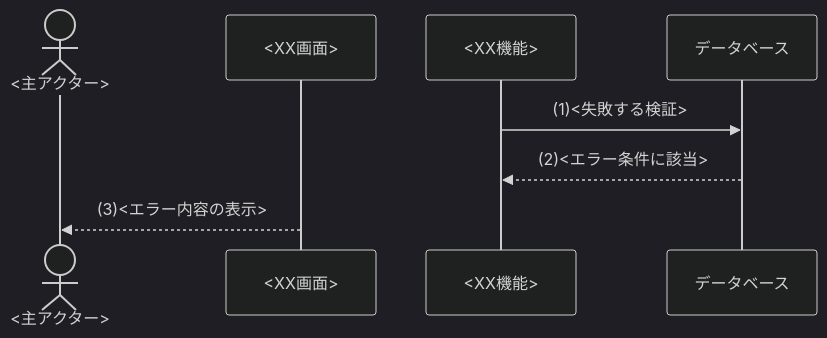
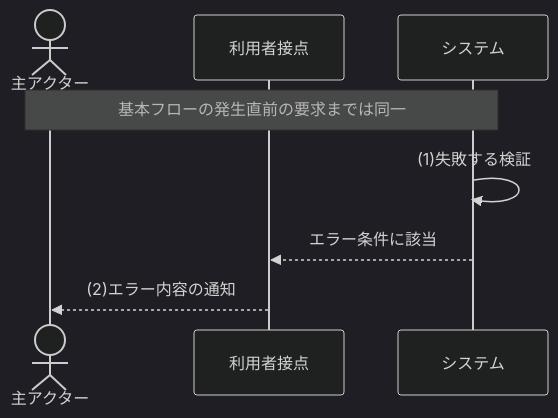
One commit to sikakou54/system-document-template changed the third of 4 diagrams in テンプレート/02_機能要件.md. Above: the diagram before and after it, drawn with Mermaid (dark theme). The commit also changed other lines of this file and 11 other files, not shown here.

Commit message:
機能要件レビューとシーケンス図を改善

````diff
--- a/テンプレート/02_機能要件.md
+++ b/テンプレート/02_機能要件.md
@@ -211,10 +263,10 @@
 ```mermaid
 sequenceDiagram
-    actor U as <主アクター>
-    participant SCR as <XX画面>
-    participant FUNC as <XX機能>
-    participant DB as データベース
-    FUNC->>DB: (1)<失敗する検証>
-    DB-->>FUNC: (2)<エラー条件に該当>
-    SCR-->>U: (3)<エラー内容の表示>
+    actor U as 主アクター
+    participant SCR as 利用者接点
+    participant FUNC as システム
+    Note over U,FUNC: 基本フローの発生直前の要求までは同一
+    FUNC->>FUNC: (1)失敗する検証
+    FUNC-->>SCR: エラー条件に該当
+    SCR-->>U: (2)エラー内容の通知
 ```
````
